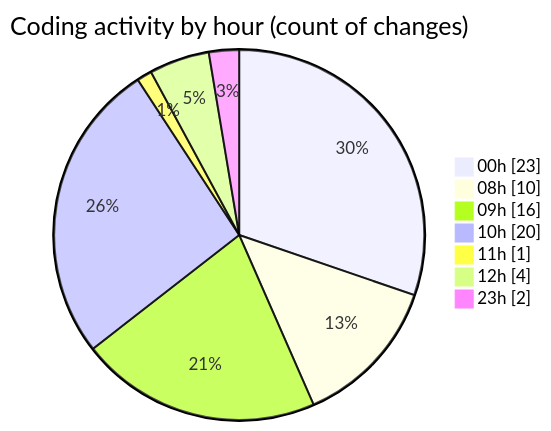
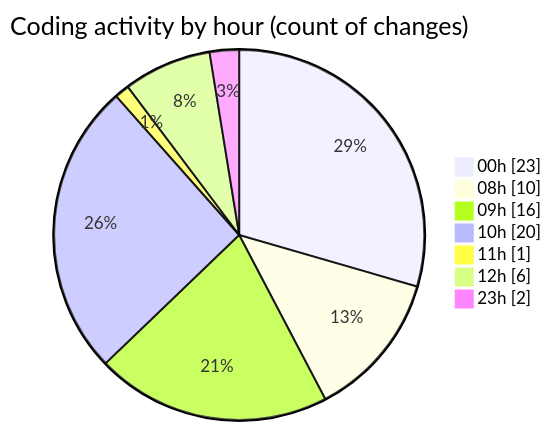
One commit to Elitesun/code-tracking changed the second of 2 diagrams in 2025-05-29/advertise/README.md. Above: the diagram before and after it, drawn with Mermaid. The commit also changed other lines of this file and 1 other file, not shown here.

````diff
--- a/2025-05-29/advertise/README.md
+++ b/2025-05-29/advertise/README.md
@@ -37,11 +37,11 @@
 ```mermaid
 pie showData
 title Coding activity by hour (count of changes)
 "00h" : 23
 "08h" : 10
 "09h" : 16
 "10h" : 20
 "11h" : 1
-"12h" : 4
+"12h" : 6
 "23h" : 2
 ```
````
